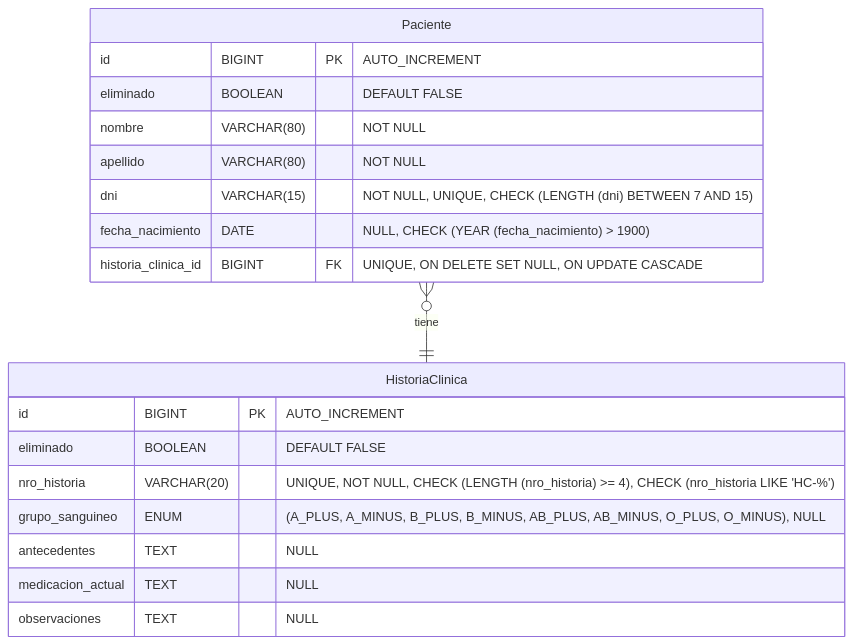
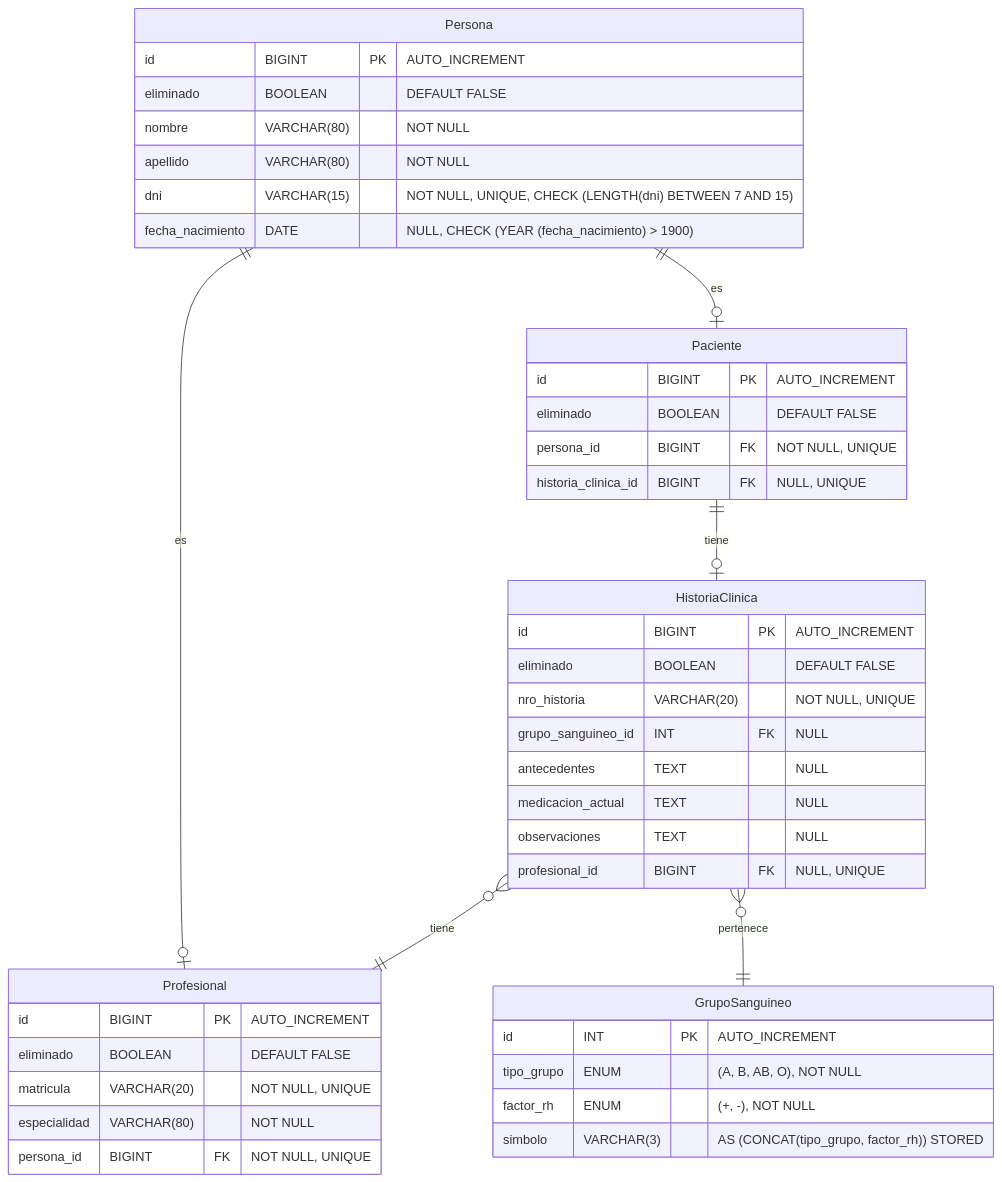
One commit to Gerolupo12/paciente-historia-cliente changed the second of 2 diagrams in README.md. Above: the diagram before and after it, drawn with Mermaid. The commit also changed other lines of this file and 24 other files, not shown here.

````diff
--- a/README.md
+++ b/README.md
@@ -175,25 +200,51 @@
 ```mermaid
-    erDiagram
+erDiagram
     direction TB
-        Paciente {
-            id BIGINT PK "AUTO_INCREMENT"
-            eliminado BOOLEAN "DEFAULT FALSE"
-            nombre VARCHAR(80) "NOT NULL"
-            apellido VARCHAR(80) "NOT NULL"
-            dni VARCHAR(15) "NOT NULL, UNIQUE, CHECK (LENGTH (dni) BETWEEN 7 AND 15)"
-            fecha_nacimiento DATE "NULL, CHECK (YEAR (fecha_nacimiento) > 1900)"
-            historia_clinica_id BIGINT FK "UNIQUE, ON DELETE SET NULL, ON UPDATE CASCADE"
-        }
+    Persona {
+        id BIGINT PK "AUTO_INCREMENT"
+        eliminado BOOLEAN "DEFAULT FALSE"
+        nombre VARCHAR(80) "NOT NULL"
+        apellido VARCHAR(80) "NOT NULL"
+        dni VARCHAR(15) "NOT NULL, UNIQUE, CHECK (LENGTH(dni) BETWEEN 7 AND 15)"
+        fecha_nacimiento DATE "NULL, CHECK (YEAR (fecha_nacimiento) > 1900)"
+    }
 
-        HistoriaClinica {
-            id BIGINT PK "AUTO_INCREMENT"
-            eliminado BOOLEAN "DEFAULT FALSE"
-            nro_historia VARCHAR(20) "UNIQUE, NOT NULL, CHECK (LENGTH (nro_historia) >= 4), CHECK (nro_historia LIKE 'HC-%')"
-            grupo_sanguineo ENUM "(A_PLUS, A_MINUS, B_PLUS, B_MINUS, AB_PLUS, AB_MINUS, O_PLUS, O_MINUS), NULL"
-            antecedentes TEXT "NULL"
-            medicacion_actual TEXT "NULL"
-            observaciones TEXT "NULL"
-        }
+    Paciente {
+        id BIGINT PK "AUTO_INCREMENT"
+        eliminado BOOLEAN "DEFAULT FALSE"
+        persona_id BIGINT FK "NOT NULL, UNIQUE"
+        historia_clinica_id BIGINT FK "NULL, UNIQUE"
+    }
 
-        Paciente }o--|| HistoriaClinica : tiene
+    Profesional {
+        id BIGINT PK "AUTO_INCREMENT"
+        eliminado BOOLEAN "DEFAULT FALSE"
+        matricula VARCHAR(20) "NOT NULL, UNIQUE"
+        especialidad VARCHAR(80) "NOT NULL"
+        persona_id BIGINT FK "NOT NULL, UNIQUE"
+    }
+
+    HistoriaClinica {
+        id BIGINT PK "AUTO_INCREMENT"
+        eliminado BOOLEAN "DEFAULT FALSE"
+        nro_historia VARCHAR(20) "NOT NULL, UNIQUE"
+        grupo_sanguineo_id INT FK "NULL"
+        antecedentes TEXT "NULL"
+        medicacion_actual TEXT "NULL"
+        observaciones TEXT "NULL"
+        profesional_id BIGINT FK "NULL, UNIQUE"
+    }
+
+    GrupoSanguineo {
+        id INT PK "AUTO_INCREMENT"
+        tipo_grupo ENUM "(A, B, AB, O), NOT NULL"
+        factor_rh ENUM "(+, -), NOT NULL"
+        simbolo VARCHAR(3) "AS (CONCAT(tipo_grupo, factor_rh)) STORED"
+    }
+
+    Persona ||--o| Paciente : "es"
+    Persona ||--o| Profesional : "es"
+    Paciente ||--o| HistoriaClinica : "tiene"
+    HistoriaClinica }o--|| Profesional : "tiene"
+    HistoriaClinica }o--|| GrupoSanguineo : "pertenece"
 ```
````
